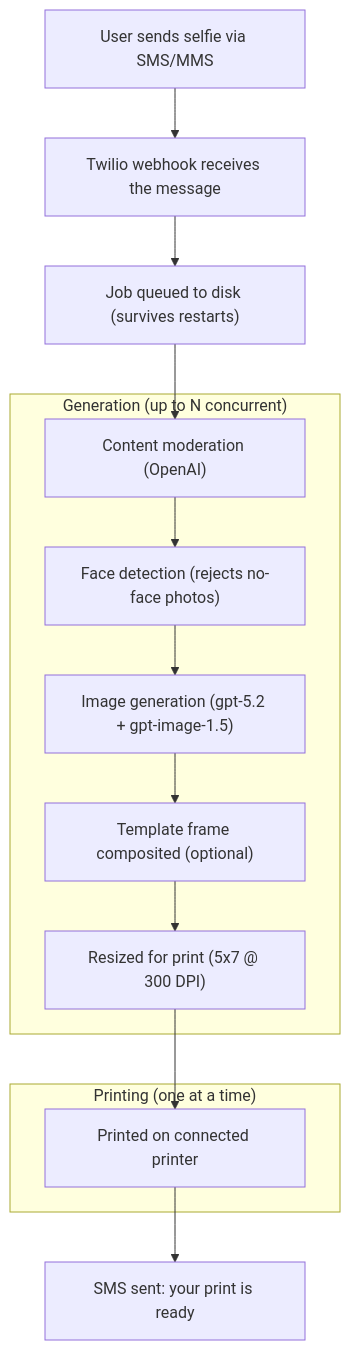
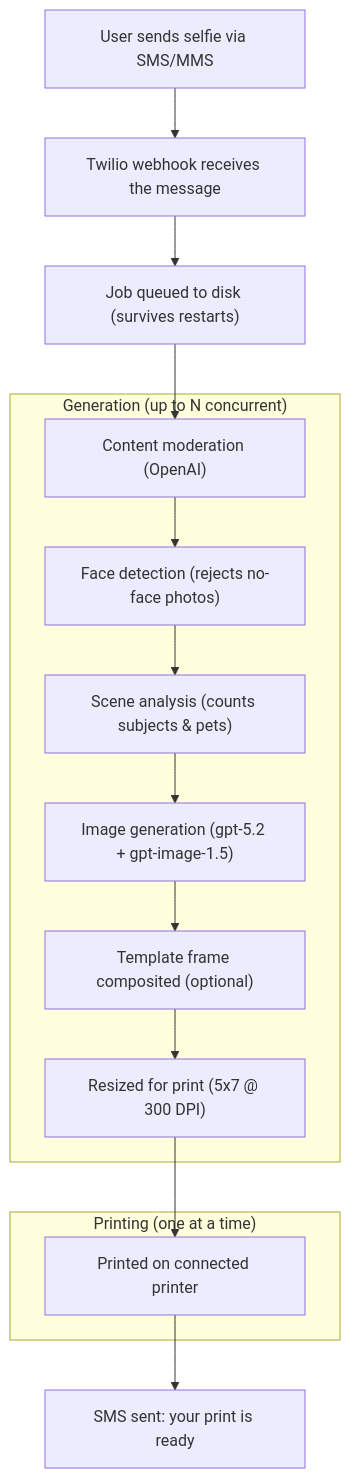
Before and after one commit to agithony/twilio-cartoon-printer: the diagram in README.md, drawn with Mermaid. The commit also changed 7 other files, not shown here.

First line of the commit message:
Add scene analysis for multi-subject photos and fix brand prompt

````diff
--- a/README.md
+++ b/README.md
@@ -7,22 +7,23 @@
 ```mermaid
 flowchart TB
   U["User sends selfie via SMS/MMS"] --> T["Twilio webhook receives the message"]
   T --> Q["Job queued to disk (survives restarts)"]
 
   subgraph G["Generation (up to N concurrent)"]
     M["Content moderation (OpenAI)"]
     F["Face detection (rejects no-face photos)"]
+    A["Scene analysis (counts subjects & pets)"]
     I["Image generation (gpt-5.2 + gpt-image-1.5)"]
     C["Template frame composited (optional)"]
     R["Resized for print (5x7 @ 300 DPI)"]
-    M --> F --> I --> C --> R
+    M --> F --> A --> I --> C --> R
   end
 
   Q --> M
 
   subgraph P["Printing (one at a time)"]
     P1["Printed on connected printer"]
   end
 
   R --> P1 --> S["SMS sent: your print is ready"]
 ```
````
